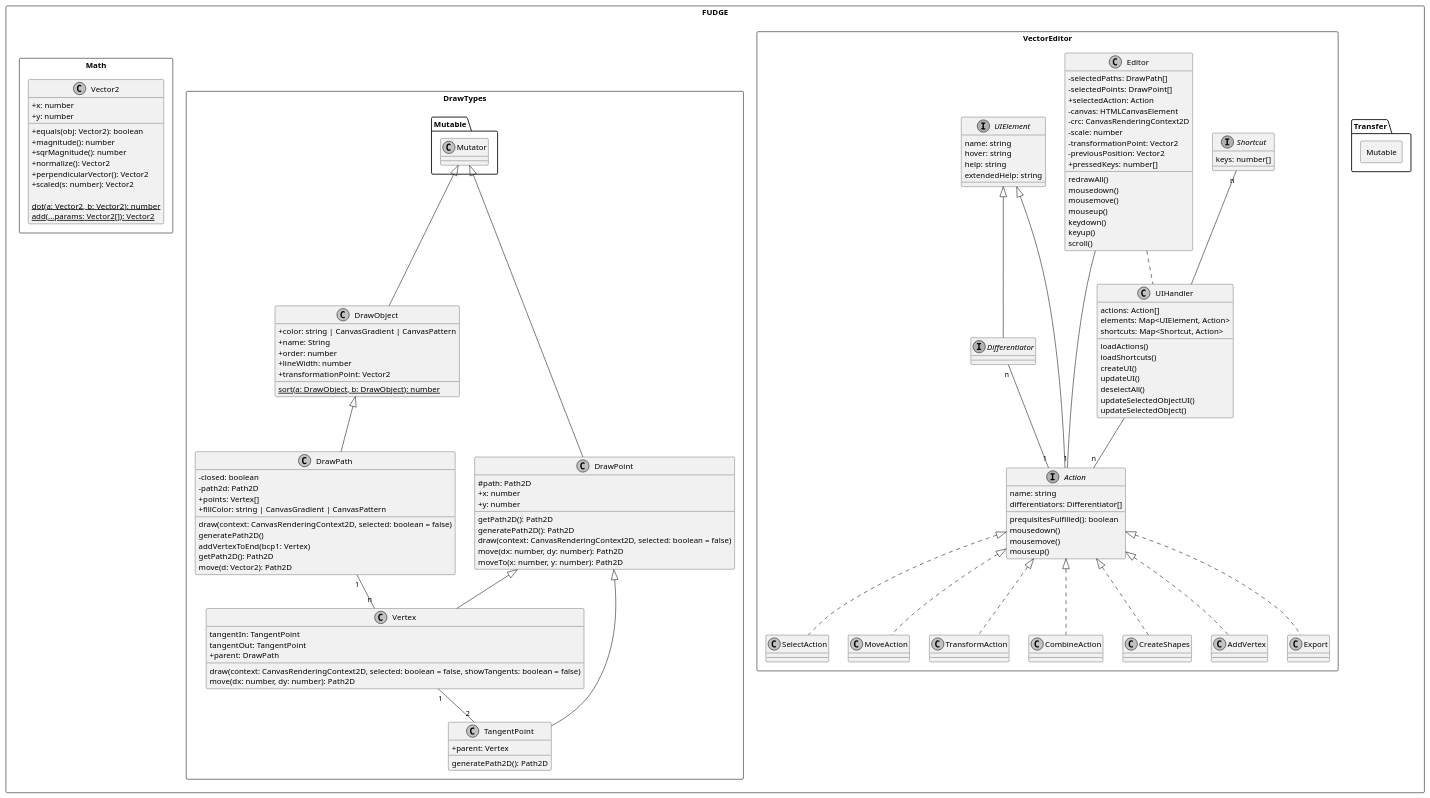
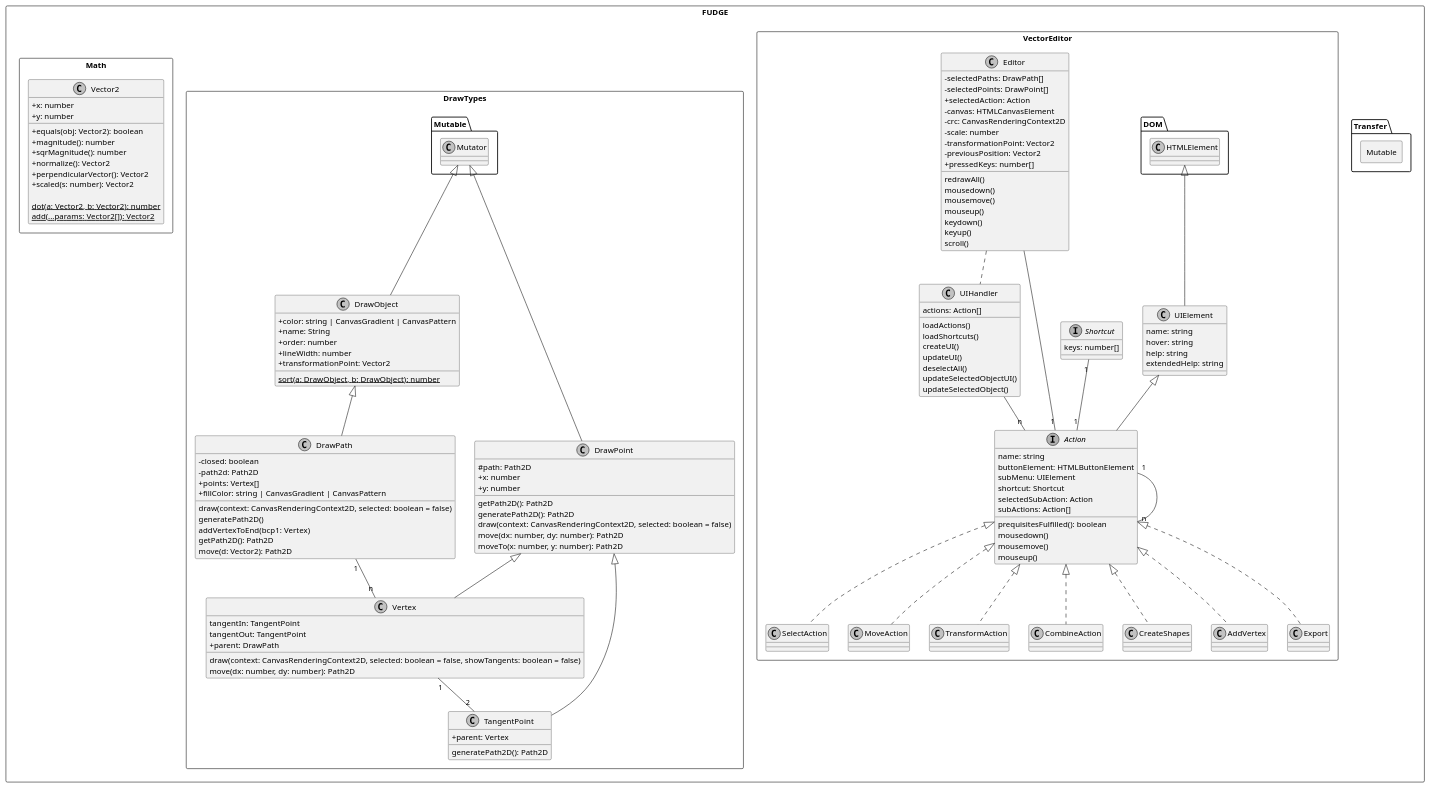
Before and after one commit to JirkaDellOro/FUDGE: the diagram in Experiments/Lukas/VectorEditor/concept/Classes.puml, drawn with PlantUML. The commit also changed 1 other file, not shown here.

Commit message:
classes and UIHandler ADs

```diff
--- a/Experiments/Lukas/VectorEditor/concept/Classes.puml
+++ b/Experiments/Lukas/VectorEditor/concept/Classes.puml
@@ -1,168 +1,168 @@
 @startuml VE Classes
 	skinparam monochrome true
 skinparam componentStyle uml2
 skinparam classAttributeIconSize 0
 skinparam shadowing false
 skinparam handwritten false
 
 ' left to right direction
 package FUDGE <<Rectangle>> {
 	package Transfer {
 		package Mutable <<Rectangle>>{
 			
 		}
 	}
 
 	package VectorEditor <<Rectangle>>{
 		interface Shortcut{
 			keys: number[]
 		}
 		class UIHandler{
 			actions: Action[]
-			elements: Map<UIElement, Action>
-			shortcuts: Map<Shortcut, Action>
 			loadActions()
 			loadShortcuts()
 			createUI()
 			updateUI()
 			deselectAll()
 			updateSelectedObjectUI()
 			updateSelectedObject()
 		}
 
 		class Editor{
 			- selectedPaths: DrawPath[]
 			- selectedPoints: DrawPoint[]
 			+ selectedAction: Action
 			- canvas: HTMLCanvasElement
 			- crc: CanvasRenderingContext2D
 			- scale: number
 			- transformationPoint: Vector2
 			- previousPosition: Vector2
 			+ pressedKeys: number[]
 
 			redrawAll()
 			mousedown()
 			mousemove()
 			mouseup()
 			keydown()
 			keyup()
 			scroll()
 
 		}
-		interface UIElement{
+		class UIElement extends DOM.HTMLElement{
 			name: string
 			hover: string
 			help: string
 			extendedHelp: string
 			' element: HTMLElement
 		}
-		interface Differentiator implements UIElement{
-			
-		}
+
 		interface Action implements UIElement{
 			name: string
-			differentiators: Differentiator[]
+			buttonElement: HTMLButtonElement
+			subMenu: UIElement
+			shortcut: Shortcut
+			selectedSubAction: Action
+			subActions: Action[]
 			prequisitesFulfilled(): boolean
 			mousedown()
 			mousemove()
 			mouseup()
 		}
 
 		class SelectAction implements Action {
 
 		}
 		class MoveAction implements Action {
 
 		}
 		class TransformAction implements Action {
 
 		}
 		class CombineAction implements Action {
 
 		}
 		class CreateShapes implements Action {
 
 		}
 		class AddVertex implements Action {
 
 		}
 		class Export implements Action {
 
 		}
 
 		'Associations
-		Shortcut "n"-- UIHandler
+		Shortcut "1"-- "1"Action
 		UIHandler -- "n" Action
 		Editor -- "1" Action
 		Editor .. UIHandler
-		Differentiator "n" -- "1" Action
+		Action "1"--"n" Action
 	}
 	package DrawTypes <<Rectangle>>{
 		class DrawObject extends Mutable.Mutator{
 			+ color: string | CanvasGradient | CanvasPattern
 			+ name: String
 			+ order: number
 			+ lineWidth: number
 			+ transformationPoint: Vector2
 			{static} sort(a: DrawObject, b: DrawObject): number
 		}
 
 		class DrawPath extends DrawObject {
 			- closed: boolean
 			- path2d: Path2D
 			+ points: Vertex[]
 			+ fillColor: string | CanvasGradient | CanvasPattern
 			draw(context: CanvasRenderingContext2D, selected: boolean = false)
 			generatePath2D()
 			addVertexToEnd(bcp1: Vertex)
 			getPath2D(): Path2D
 			move(d: Vector2): Path2D
 		}
 
 		class DrawPoint  extends Mutable.Mutator{
 			# path: Path2D
 			+ x: number
 			+ y: number
 			getPath2D(): Path2D
 			generatePath2D(): Path2D
 			draw(context: CanvasRenderingContext2D, selected: boolean = false)
 			move(dx: number, dy: number): Path2D
 			moveTo(x: number, y: number): Path2D
 		}
 
 		class Vertex extends DrawPoint {
 			tangentIn: TangentPoint
 			tangentOut: TangentPoint
 			+ parent: DrawPath
 			draw(context: CanvasRenderingContext2D, selected: boolean = false, showTangents: boolean = false)
 			move(dx: number, dy: number): Path2D
 		}
 
 		class TangentPoint extends DrawPoint {
 			+ parent: Vertex
 			generatePath2D(): Path2D
 		}
 
 		' Associations
 		DrawPath "1" -- "n" Vertex
 		Vertex "1" -- "2" TangentPoint
 	}
 
 	package Math <<rectangle>> {
 		class Vector2{
 			+ x: number
 			+ y: number
 
 			+ equals(obj: Vector2): boolean
 			+ magnitude(): number
 			+ sqrMagnitude(): number
 			+ normalize(): Vector2
 			+ perpendicularVector(): Vector2
 			+ scaled(s: number): Vector2
 
 			{static} dot(a: Vector2, b: Vector2): number
 			{static} add(...params: Vector2[]): Vector2
 	}
 }
 @enduml
```
